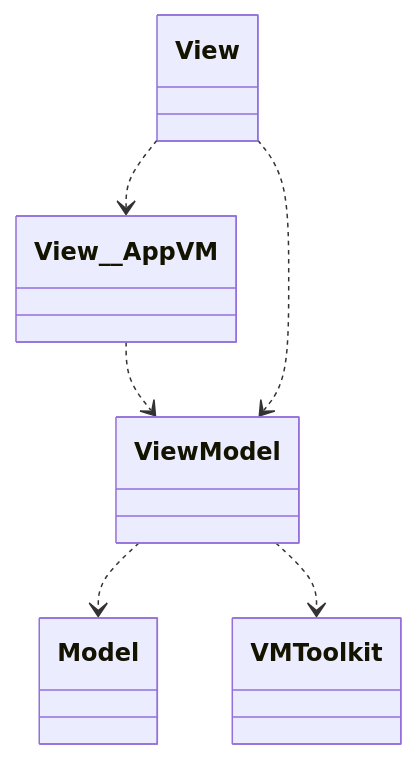
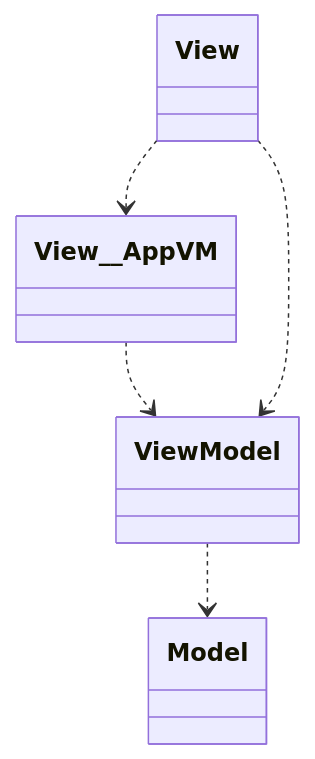
The second of 3 diagrams in README.md (draialexis/AD_MVVM_custom_LoL), drawn with Mermaid before and after one commit. The commit also changed other lines of this file and 8 other files, not shown here.

````diff
--- a/README.md
+++ b/README.md
@@ -64,16 +115,14 @@
 ```mermaid
 classDiagram
 
 class View
 class View__AppVM
 class ViewModel 
 class Model
-class VMToolkit
 
 View ..> View__AppVM
 View__AppVM ..> ViewModel
 View ..> ViewModel
 ViewModel ..> Model
-ViewModel ..> VMToolkit
 
 ```
````
